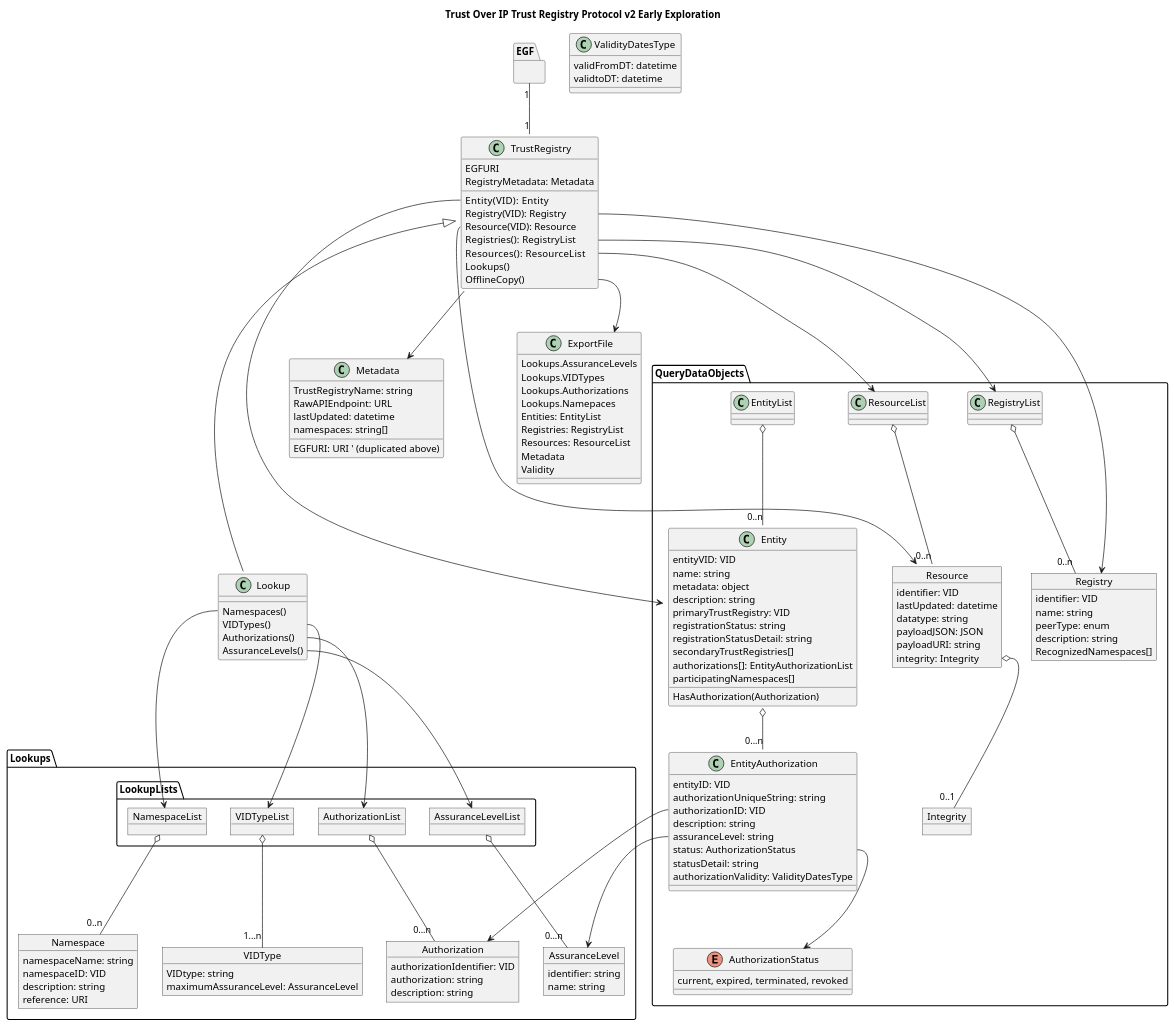
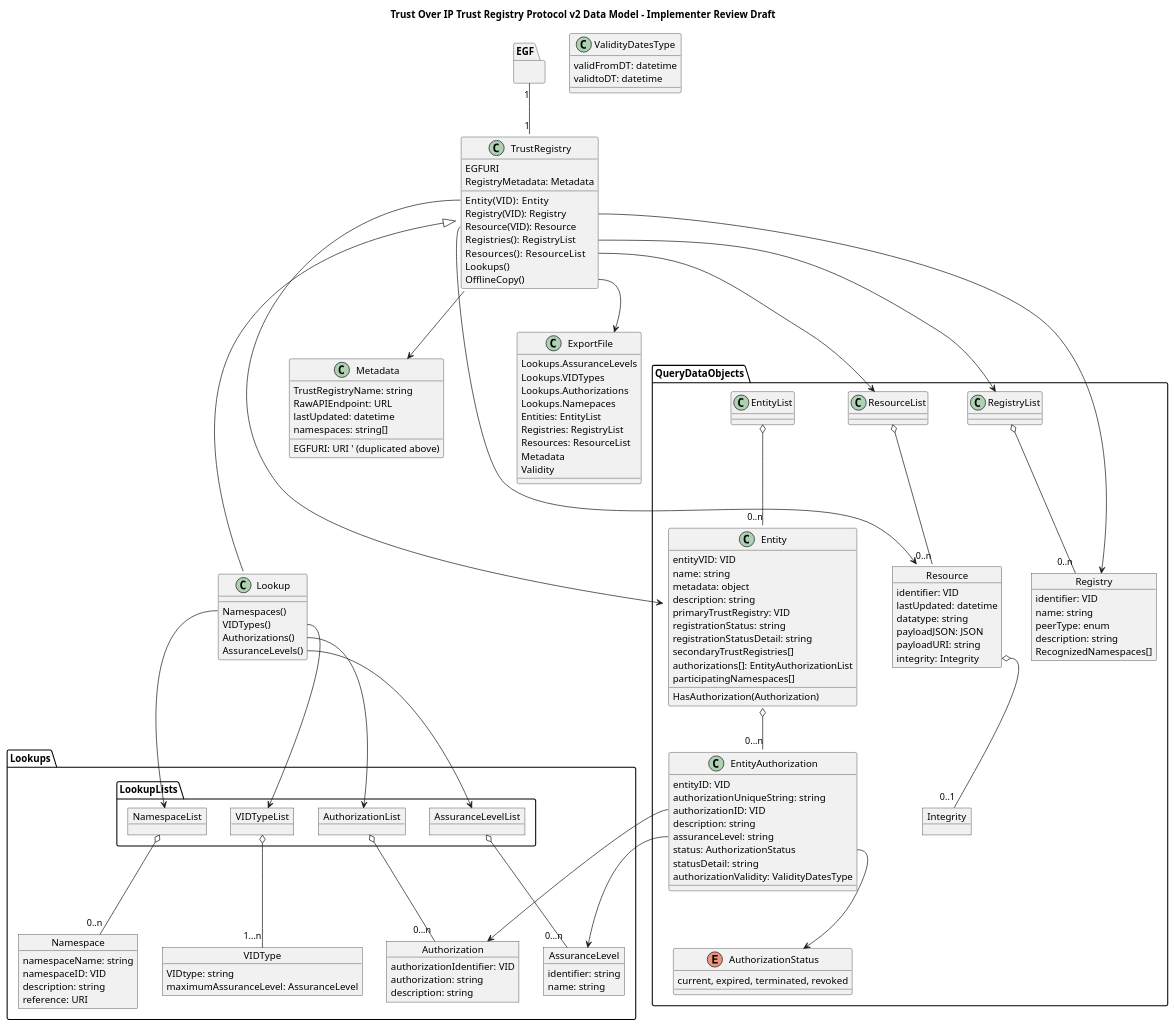
Before and after one commit to trustoverip/tswg-trust-registry-protocol: the diagram in diagrams/highlevel.plantuml, drawn with PlantUML. The commit also changed 3 other files, not shown here.

```diff
--- a/diagrams/highlevel.plantuml
+++ b/diagrams/highlevel.plantuml
@@ -2,7 +2,7 @@
 
 
 
-title Trust Over IP Trust Registry Protocol v2 Early Exploration
+title Trust Over IP Trust Registry Protocol v2 Data Model - Implementer Review Draft
 
 package EGF {
 
```
